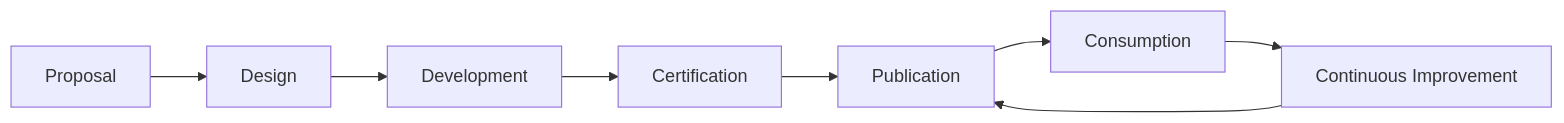
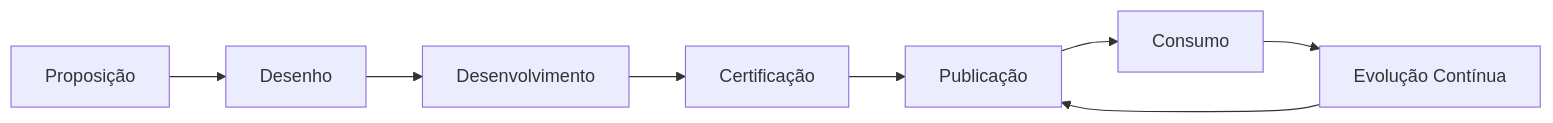
Before and after one commit to rogereufrasio/adtech-omnichannel-platform: the second of 2 diagrams in programs/02-enterprise-data-ai-platform/information-architecture/data-product-model.md, drawn with Mermaid. The commit also changed other lines of this file and 260 other files, not shown here.

Commit message:
release: finalize Enterprise Architecture Practice v1.0.0

````diff
--- a/programs/02-enterprise-data-ai-platform/information-architecture/data-product-model.md
+++ b/programs/02-enterprise-data-ai-platform/information-architecture/data-product-model.md
@@ -132,25 +141,19 @@
 ```mermaid
 flowchart LR
 
-Proposal["Proposal"]
-
-Design["Design"]
-
-Development["Development"]
-
-Certification["Certification"]
-
-Publication["Publication"]
-
-Consumption["Consumption"]
-
-Evolution["Continuous Improvement"]
+Proposal["Proposição"]
+Design["Desenho"]
+Development["Desenvolvimento"]
+Certification["Certificação"]
+Publication["Publicação"]
+Consumption["Consumo"]
+Evolution["Evolução Contínua"]
 
 Proposal --> Design
 Design --> Development
 Development --> Certification
 Certification --> Publication
 Publication --> Consumption
 Consumption --> Evolution
 Evolution --> Publication
 ```
````
